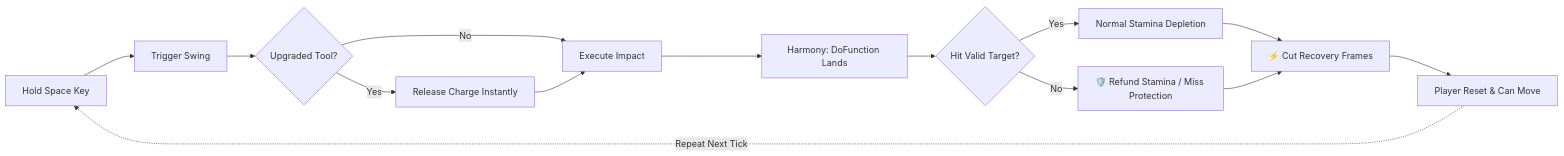
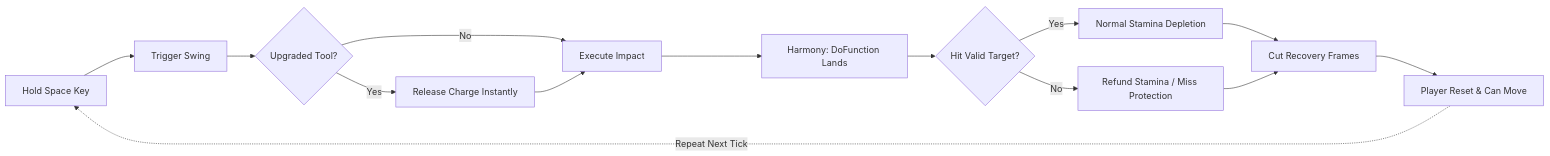
Before and after one commit to acipuns-dot/AnimationCanceler: the diagram in README.md, drawn with Mermaid. The commit also changed other lines of this file, not shown here.

````diff
--- a/README.md
+++ b/README.md
@@ -27,16 +27,16 @@
 ```mermaid
 flowchart LR
     A[Hold Space Key] --> B[Trigger Swing]
     B --> C{Upgraded Tool?}
     C -- Yes --> D[Release Charge Instantly]
     C -- No --> E[Execute Impact]
     D --> E
     E --> F[Harmony: DoFunction Lands]
     F --> G{Hit Valid Target?}
     G -- Yes --> H[Normal Stamina Depletion]
-    G -- No --> I[🛡️ Refund Stamina / Miss Protection]
-    H --> J[⚡ Cut Recovery Frames]
+    G -- No --> I[Refund Stamina / Miss Protection]
+    H --> J[Cut Recovery Frames]
     I --> J
     J --> K[Player Reset & Can Move]
     K -. Repeat Next Tick .-> A
 ```
````
